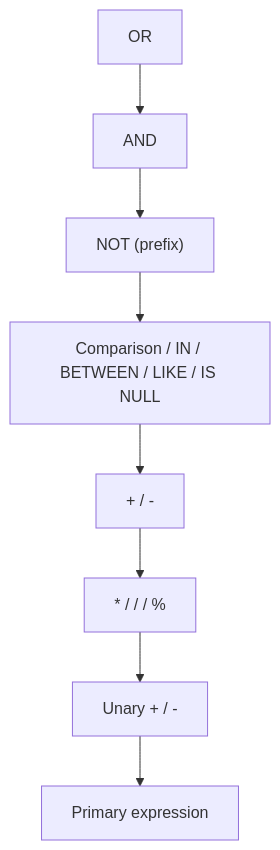
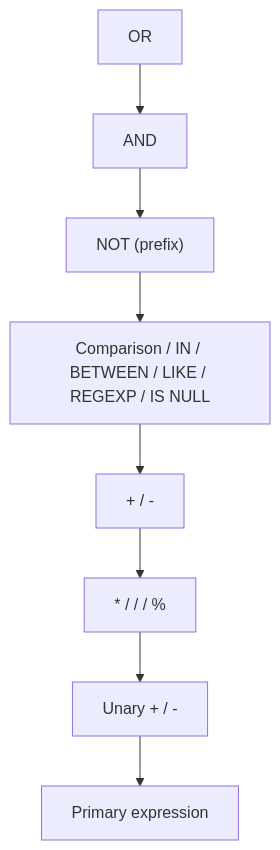
Before and after one commit to Eagle-Konbu/sanat: the second of 3 diagrams in docs/parser-spec.md, drawn with Mermaid. The commit also changed other lines of this file and 11 other files, not shown here.

````diff
--- a/docs/parser-spec.md
+++ b/docs/parser-spec.md
@@ -166,10 +170,10 @@
 ```mermaid
 flowchart TD
     OR[OR] --> AND[AND]
     AND --> NOT["NOT (prefix)"]
-    NOT --> CMP["Comparison / IN / BETWEEN / LIKE / IS NULL"]
+    NOT --> CMP["Comparison / IN / BETWEEN / LIKE / REGEXP / IS NULL"]
     CMP --> ADD["+ / -"]
     ADD --> MUL["* / / / %"]
     MUL --> UNARY["Unary + / -"]
     UNARY --> PRIMARY[Primary expression]
 ```
````
